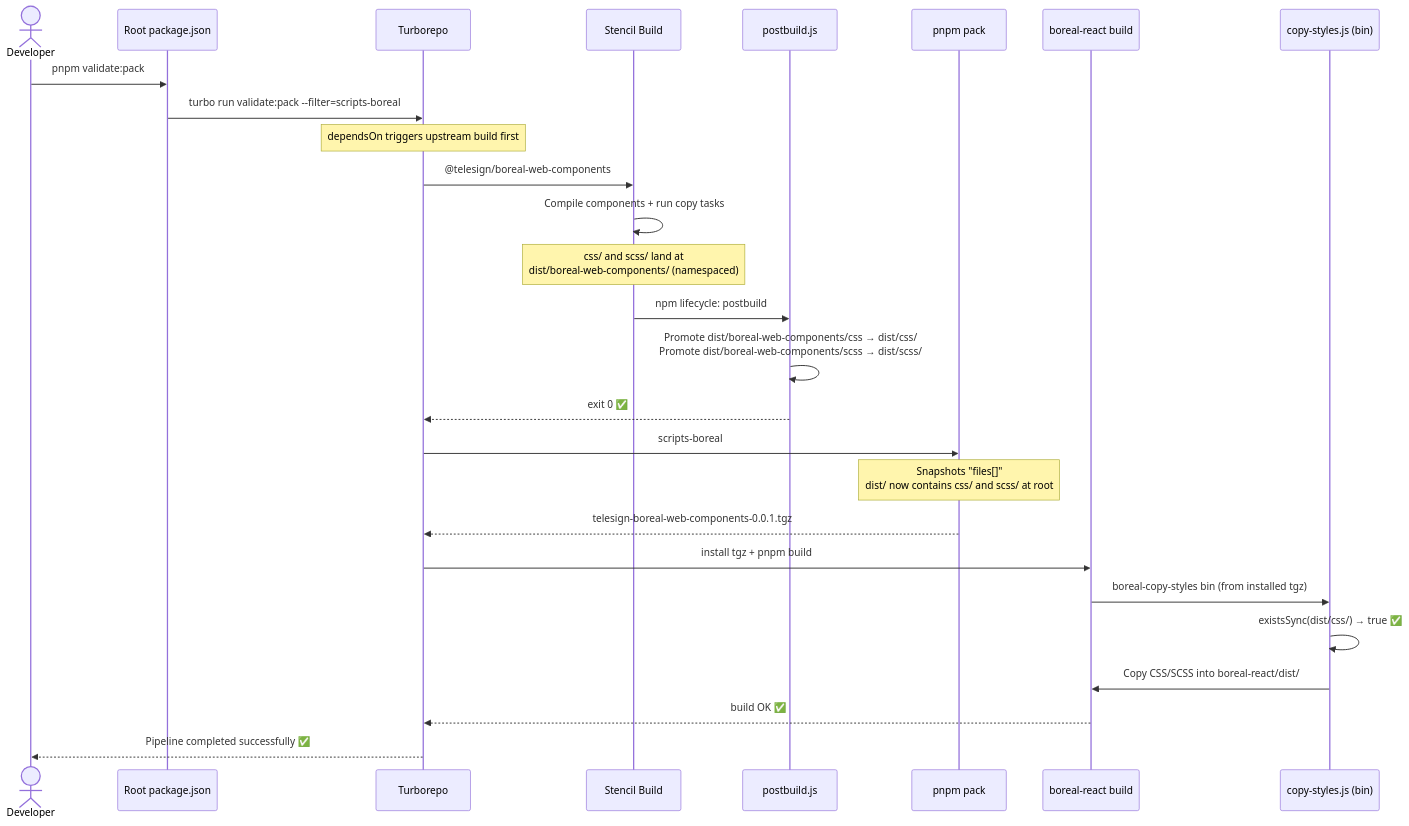
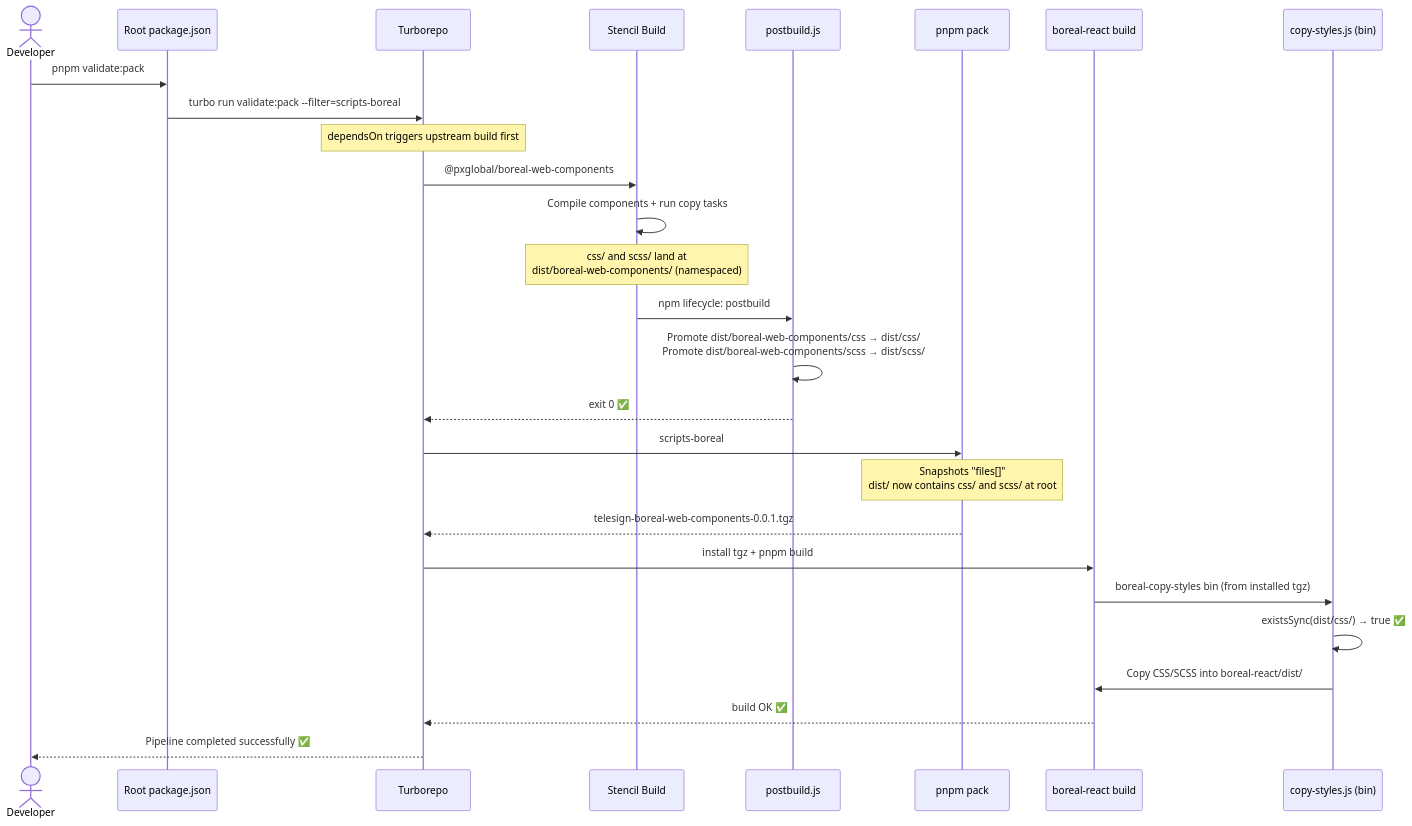
The first of 2 diagrams in ai-docs/diagrams/validate-pack-pipeline.md (dgonzalezts/boreal-ds-ai), drawn with Mermaid before and after one commit. The commit also changed other lines of this file and 86 other files, not shown here.

````diff
--- a/ai-docs/diagrams/validate-pack-pipeline.md
+++ b/ai-docs/diagrams/validate-pack-pipeline.md
@@ -9,30 +9,30 @@
 ```mermaid
 sequenceDiagram
     actor Dev as Developer
     participant Root as Root package.json
     participant Turbo as Turborepo
     participant Stencil as Stencil Build
     participant Post as postbuild.js
     participant Pack as pnpm pack
     participant React as boreal-react build
     participant CopyS as copy-styles.js (bin)
 
     Dev->>Root: pnpm validate:pack
     Root->>Turbo: turbo run validate:pack --filter=scripts-boreal
     Note over Turbo: dependsOn triggers upstream build first
-    Turbo->>Stencil: @telesign/boreal-web-components#build
+    Turbo->>Stencil: @pxglobal/boreal-web-components#build
     Stencil->>Stencil: Compile components + run copy tasks
     Note over Stencil: css/ and scss/ land at<br/>dist/boreal-web-components/ (namespaced)
     Stencil->>Post: npm lifecycle: postbuild
     Post->>Post: Promote dist/boreal-web-components/css → dist/css/<br/>Promote dist/boreal-web-components/scss → dist/scss/
     Post-->>Turbo: exit 0 ✅
     Turbo->>Pack: scripts-boreal#validate:pack → pnpm pack
     Note over Pack: Snapshots "files[]"<br/>dist/ now contains css/ and scss/ at root
     Pack-->>Turbo: telesign-boreal-web-components-0.0.1.tgz
     Turbo->>React: install tgz + pnpm build
     React->>CopyS: boreal-copy-styles bin (from installed tgz)
     CopyS->>CopyS: existsSync(dist/css/) → true ✅
     CopyS->>React: Copy CSS/SCSS into boreal-react/dist/
     React-->>Turbo: build OK ✅
     Turbo-->>Dev: Pipeline completed successfully ✅
 ```
````
